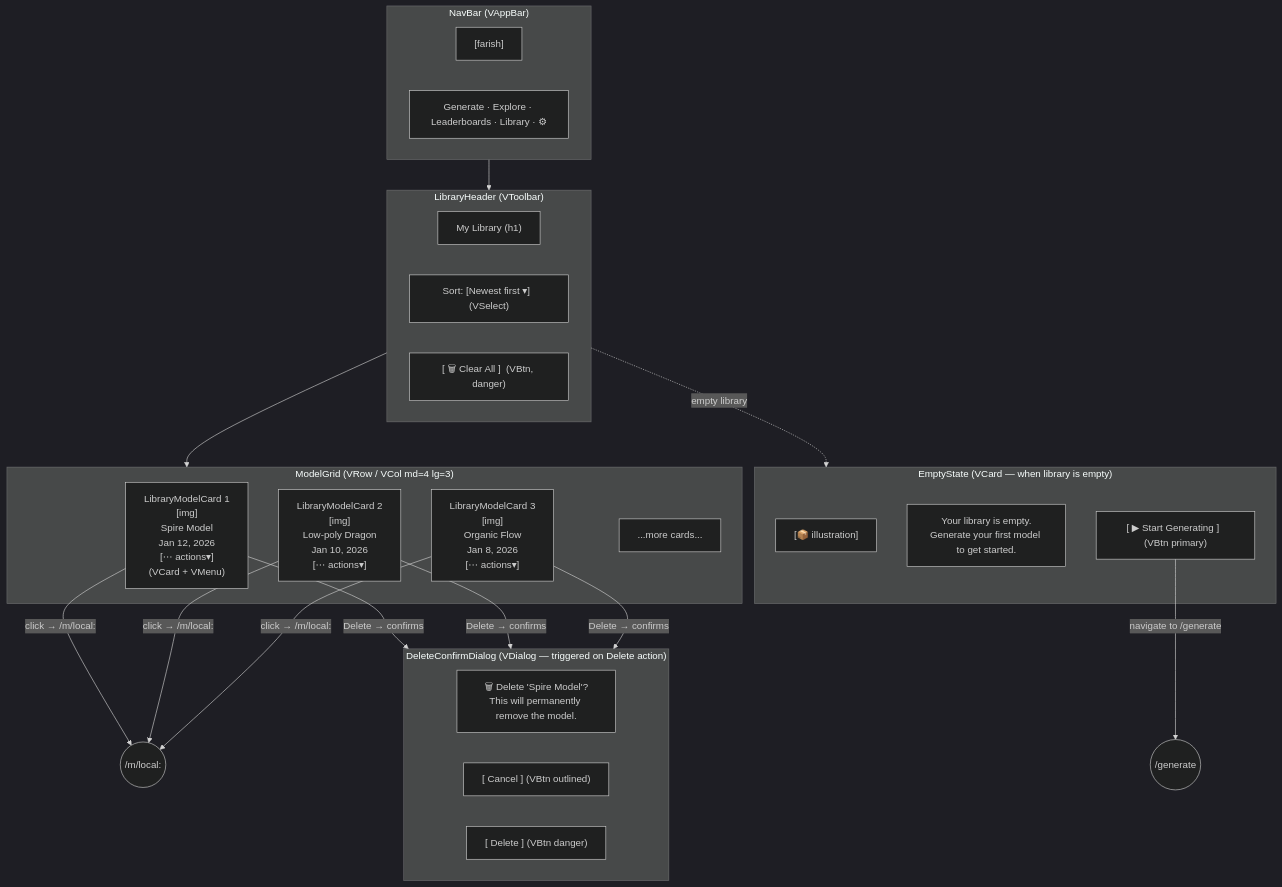
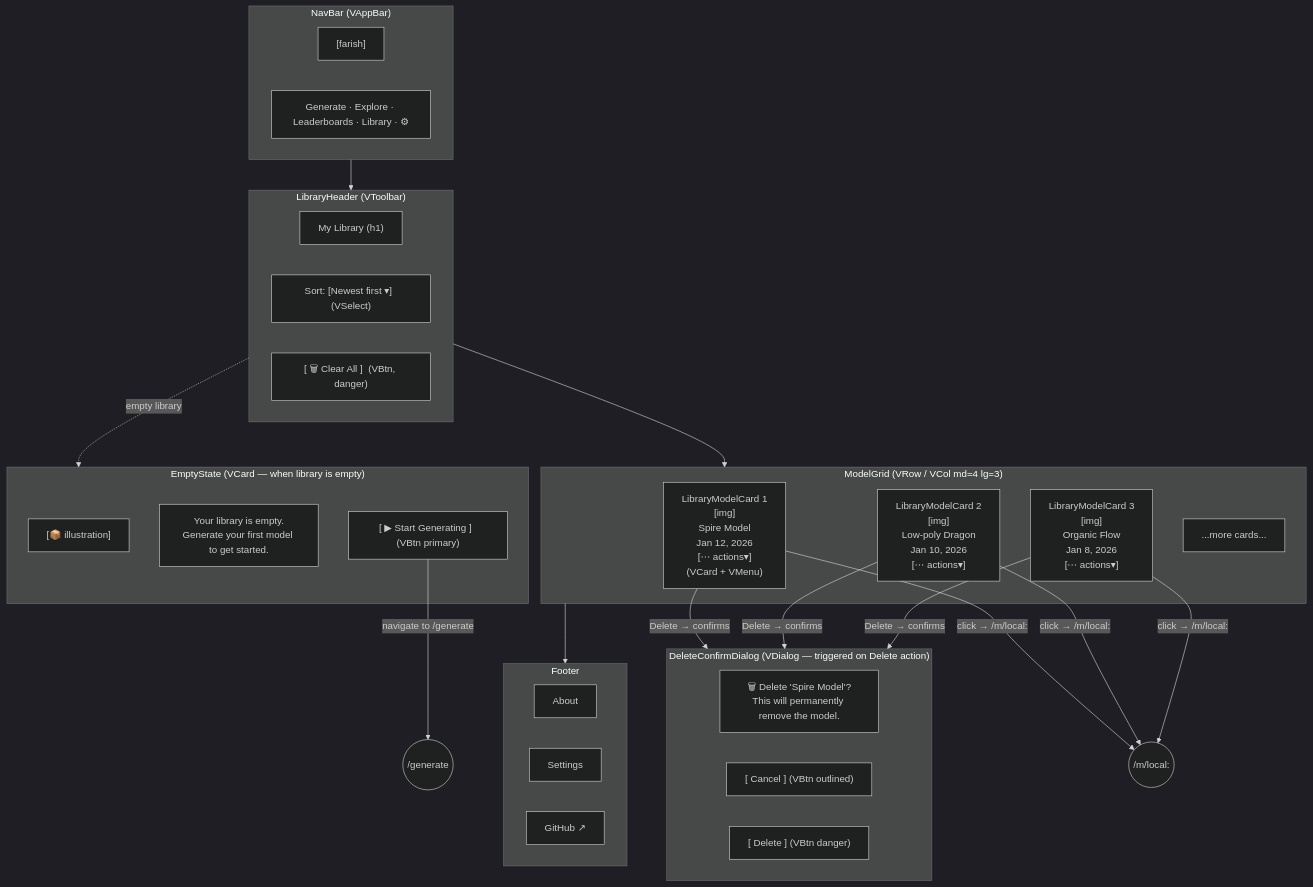
One commit to nsheaps/farish changed the diagram in docs/pages/my-library/wireframes/page.mermaid.md. Above: the diagram before and after it, drawn with Mermaid (dark theme). The commit also changed other lines of this file and 30 other files, not shown here.

First line of the commit message:
docs(pages): step-16 cross-page validation — global footer, nav consistency fixes

````diff
--- a/docs/pages/my-library/wireframes/page.mermaid.md
+++ b/docs/pages/my-library/wireframes/page.mermaid.md
@@ -3,38 +3,44 @@
 ```mermaid
 flowchart TB
     subgraph NavBar["NavBar (VAppBar)"]
         Logo["[farish]"]
         NavLinks["Generate · Explore · Leaderboards · Library · ⚙"]
     end
 
     subgraph LibraryHeader["LibraryHeader (VToolbar)"]
         Title["My Library  (h1)"]
         SortSelect["Sort: [Newest first ▾]  (VSelect)"]
         ClearAllBtn["[ 🗑 Clear All ]  (VBtn, danger)"]
     end
 
     subgraph ModelGrid["ModelGrid (VRow / VCol md=4 lg=3)"]
         Card1["LibraryModelCard 1\n[img]\nSpire Model\nJan 12, 2026\n[⋯ actions▾]\n(VCard + VMenu)"]
         Card2["LibraryModelCard 2\n[img]\nLow-poly Dragon\nJan 10, 2026\n[⋯ actions▾]"]
         Card3["LibraryModelCard 3\n[img]\nOrganic Flow\nJan 8, 2026\n[⋯ actions▾]"]
         CardN["...more cards..."]
     end
 
     subgraph EmptyState_node["EmptyState (VCard — when library is empty)"]
         EmptyIllustration["[📦 illustration]"]
         EmptyText["Your library is empty.\nGenerate your first model to get started."]
         EmptyCTA["[ ▶ Start Generating ]  (VBtn primary)"]
     end
 
     subgraph DeleteDialog["DeleteConfirmDialog (VDialog — triggered on Delete action)"]
         DeleteMsg["🗑 Delete 'Spire Model'?\nThis will permanently remove the model."]
         CancelBtn["[ Cancel ]  (VBtn outlined)"]
         ConfirmDeleteBtn["[ Delete ]  (VBtn danger)"]
     end
 
-    NavBar --> LibraryHeader --> ModelGrid
+    subgraph Footer["Footer"]
+        AboutLink["About"]
+        SettingsLink["Settings"]
+        GithubLink["GitHub ↗"]
+    end
+
+    NavBar --> LibraryHeader --> ModelGrid --> Footer
     LibraryHeader -. empty library .-> EmptyState_node
     Card1 & Card2 & Card3 -->|"click → /m/local:<id>"| DetailPage(("/m/local:<id>"))
     Card1 & Card2 & Card3 -->|"Delete → confirms"| DeleteDialog
     EmptyCTA -->|"navigate to /generate"| GenPage(("/generate"))
 ```
````
